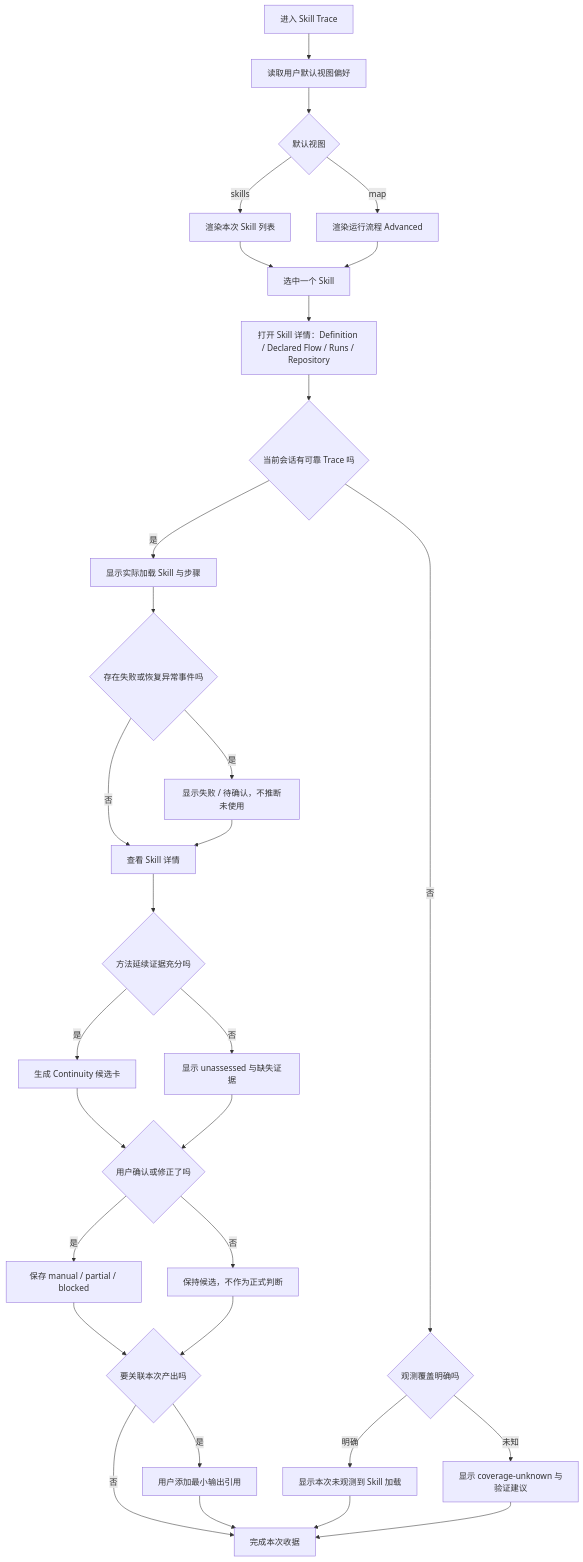
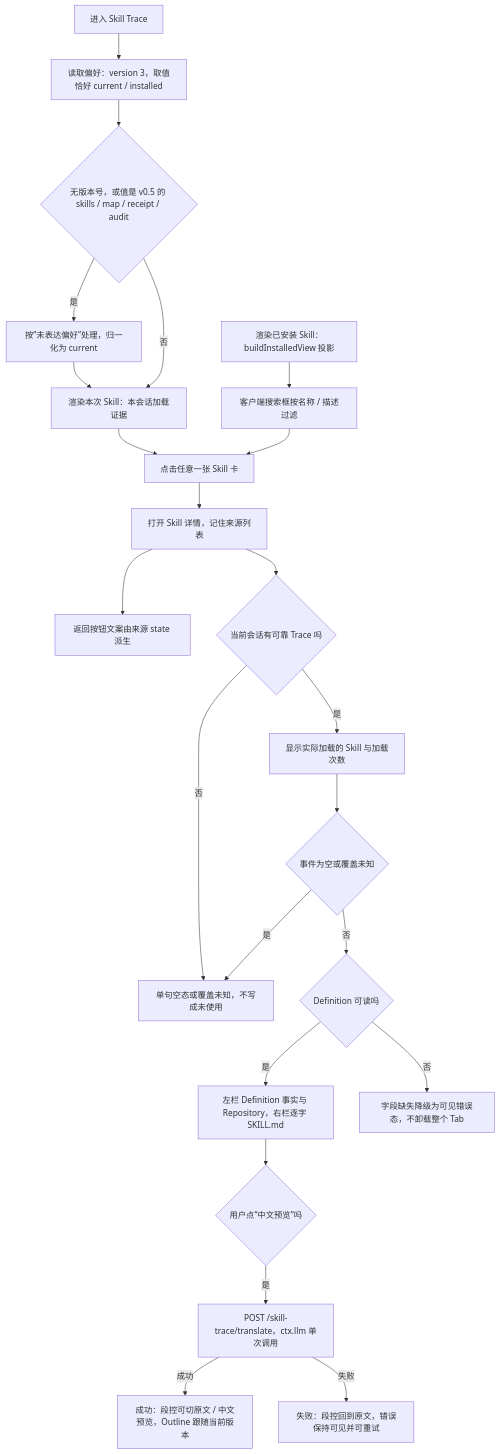
Before and after one commit to PolinniZhong/dsh-skill-intelligence: the fourth of 7 diagrams in 04-product-requirements.md, drawn with Mermaid. The commit also changed other lines of this file and 20 other files, not shown here.

````diff
--- a/04-product-requirements.md
+++ b/04-product-requirements.md
@@ -386,54 +386,43 @@
 ```mermaid
 flowchart TD
     A[进入 Skill Trace]
-    A1[读取用户默认视图偏好]
-    A2{默认视图}
-    A3[渲染本次 Skill 列表]
-    A4[渲染运行流程 Advanced]
-    A0[选中一个 Skill]
-    A5[打开 Skill 详情：Definition / Declared Flow / Runs / Repository]
+    A1[读取偏好：version 3，取值恰好 current / installed]
+    A2{无版本号，或值是 v0.5 的 skills / map / receipt / audit}
+    A3[按“未表达偏好”处理，归一化为 current]
+    A4[渲染本次 Skill：本会话加载证据]
+    A5[渲染已安装 Skill：buildInstalledView 投影]
+    A6[客户端搜索框按名称 / 描述过滤]
+    A0[点击任意一张 Skill 卡]
+    A7[打开 Skill 详情，记住来源列表]
+    A8[返回按钮文案由来源 state 派生]
     B{当前会话有可靠 Trace 吗}
-    C[显示实际加载 Skill 与步骤]
-    D{存在失败或恢复异常事件吗}
-    E[显示失败 / 待确认，不推断未使用]
-    F[查看 Skill 详情]
-    G{方法延续证据充分吗}
-    H[生成 Continuity 候选卡]
-    I[显示 unassessed 与缺失证据]
-    J{用户确认或修正了吗}
-    K[保存 manual / partial / blocked]
-    L[保持候选，不作为正式判断]
-    M{要关联本次产出吗}
-    N[用户添加最小输出引用]
-    P[完成本次收据]
-    Q{观测覆盖明确吗}
-    R[显示本次未观测到 Skill 加载]
-    S[显示 coverage-unknown 与验证建议]
+    C[显示实际加载的 Skill 与加载次数]
+    D{事件为空或覆盖未知}
+    E[单句空态或覆盖未知，不写成未使用]
+    F{Definition 可读吗}
+    G[左栏 Definition 事实与 Repository，右栏逐字 SKILL.md]
+    H[字段缺失降级为可见错误态，不卸载整个 Tab]
+    I{用户点“中文预览”吗}
+    J[POST /skill-trace/translate，ctx.llm 单次调用]
+    K[成功：段控可切原文 / 中文预览，Outline 跟随当前版本]
+    L[失败：段控回到原文，错误保持可见并可重试]
 
     A --> A1 --> A2
-    A2 -- skills --> A3 --> A0 --> A5
-    A2 -- map --> A4 --> A0
-    A5 --> B
+    A2 -- 是 --> A3 --> A4
+    A2 -- 否 --> A4
+    A4 --> A0
+    A5 --> A6 --> A0
+    A0 --> A7 --> A8
+    A7 --> B
     B -- 是 --> C
+    B -- 否 --> E
     C --> D
     D -- 是 --> E
     D -- 否 --> F
-    E --> F
-    F --> G
-    G -- 是 --> H
-    G -- 否 --> I
-    H --> J
-    I --> J
-    J -- 是 --> K
-    J -- 否 --> L
-    K --> M
-    L --> M
-    M -- 是 --> N
-    M -- 否 --> P
-    N --> P
-    B -- 否 --> Q
-    Q -- 明确 --> R
-    Q -- 未知 --> S
-    R --> P
-    S --> P
+    F -- 是 --> G
+    F -- 否 --> H
+    G --> I
+    I -- 是 --> J
+    J -- 成功 --> K
+    J -- 失败 --> L
 ```
````
